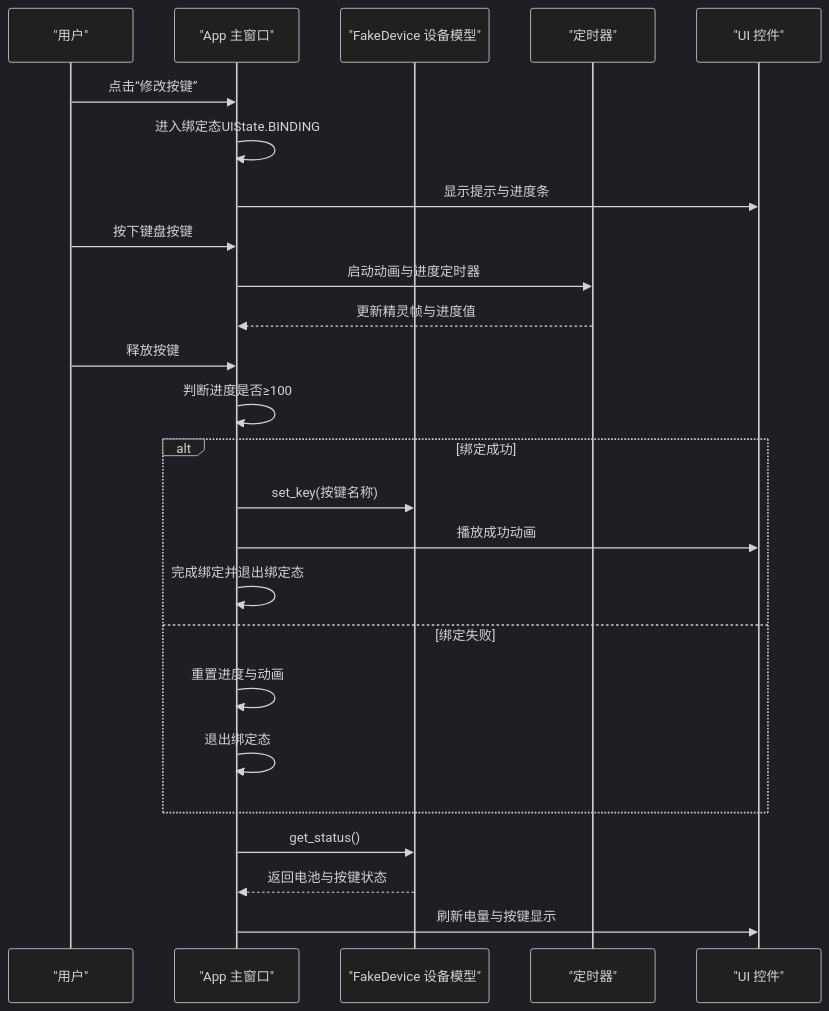
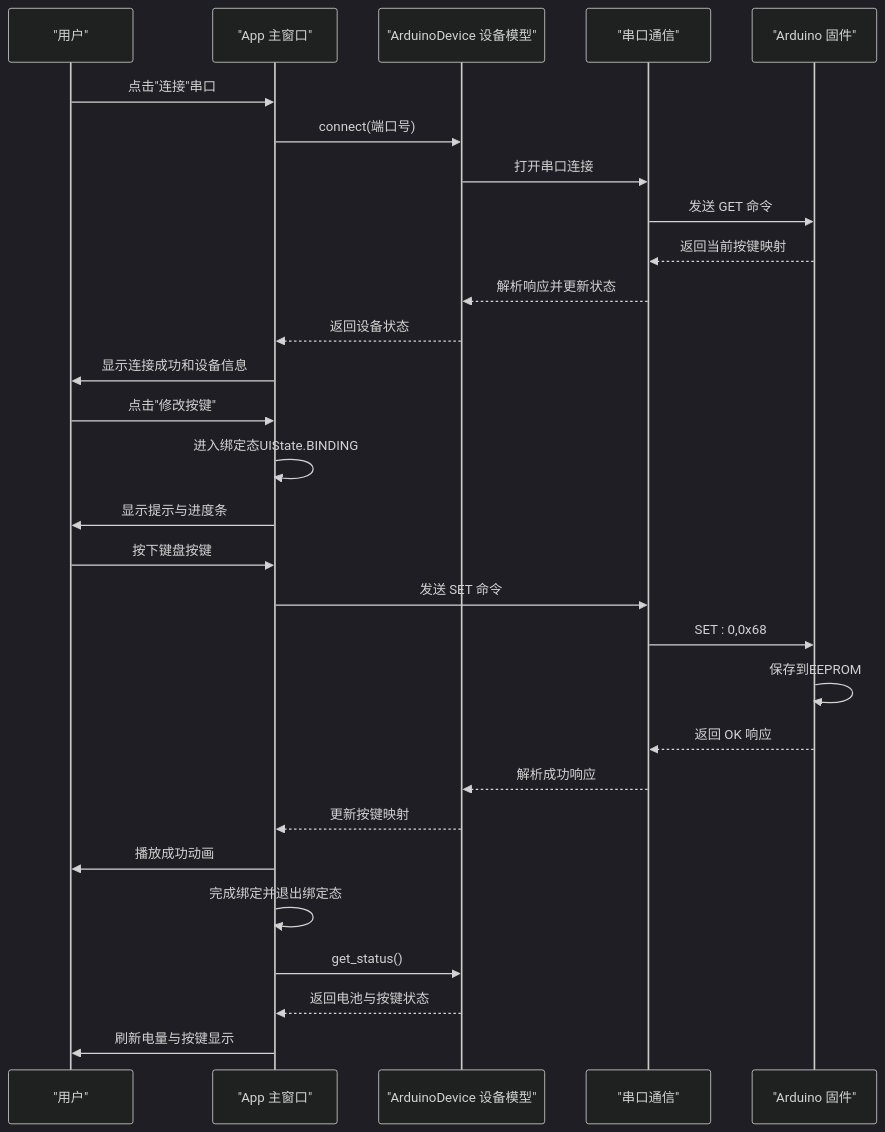
One commit to Hankun-P/wireless-keyboard-toy changed the second of 6 diagrams in .qoder/repowiki/zh/content/桌面应用架构/核心业务逻辑.md. Above: the diagram before and after it, drawn with Mermaid (dark theme). The commit also changed other lines of this file and 11 other files, not shown here.

````diff
--- a/.qoder/repowiki/zh/content/桌面应用架构/核心业务逻辑.md
+++ b/.qoder/repowiki/zh/content/桌面应用架构/核心业务逻辑.md
@@ -98,27 +124,31 @@
 ```mermaid
 sequenceDiagram
 participant User as "用户"
 participant App as "App 主窗口"
-participant Device as "FakeDevice 设备模型"
-participant Timer as "定时器"
-participant UI as "UI 控件"
-User->>App : 点击“修改按键”
+participant Device as "ArduinoDevice 设备模型"
+participant Serial as "串口通信"
+participant Firmware as "Arduino 固件"
+User->>App : 点击"连接"串口
+App->>Device : connect(端口号)
+Device->>Serial : 打开串口连接
+Serial->>Firmware : 发送 GET 命令
+Firmware-->>Serial : 返回当前按键映射
+Serial-->>Device : 解析响应并更新状态
+Device-->>App : 返回设备状态
+App->>User : 显示连接成功和设备信息
+User->>App : 点击"修改按键"
 App->>App : 进入绑定态UIState.BINDING
-App->>UI : 显示提示与进度条
+App->>User : 显示提示与进度条
 User->>App : 按下键盘按键
-App->>Timer : 启动动画与进度定时器
-Timer-->>App : 更新精灵帧与进度值
-User->>App : 释放按键
-App->>App : 判断进度是否≥100
-alt 绑定成功
-App->>Device : set_key(按键名称)
-App->>UI : 播放成功动画
+App->>Serial : 发送 SET 命令
+Serial->>Firmware : SET : 0,0x68
+Firmware->>Firmware : 保存到EEPROM
+Firmware-->>Serial : 返回 OK 响应
+Serial-->>Device : 解析成功响应
+Device-->>App : 更新按键映射
+App->>User : 播放成功动画
 App->>App : 完成绑定并退出绑定态
-else 绑定失败
-App->>App : 重置进度与动画
-App->>App : 退出绑定态
-end
 App->>Device : get_status()
 Device-->>App : 返回电池与按键状态
-App->>UI : 刷新电量与按键显示
+App->>User : 刷新电量与按键显示
 ```
````
